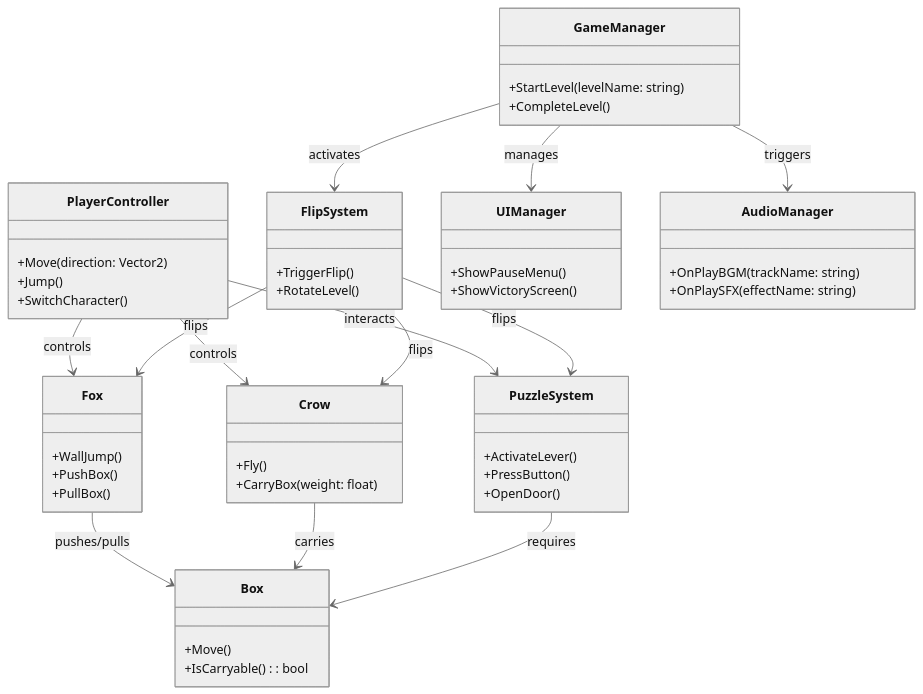
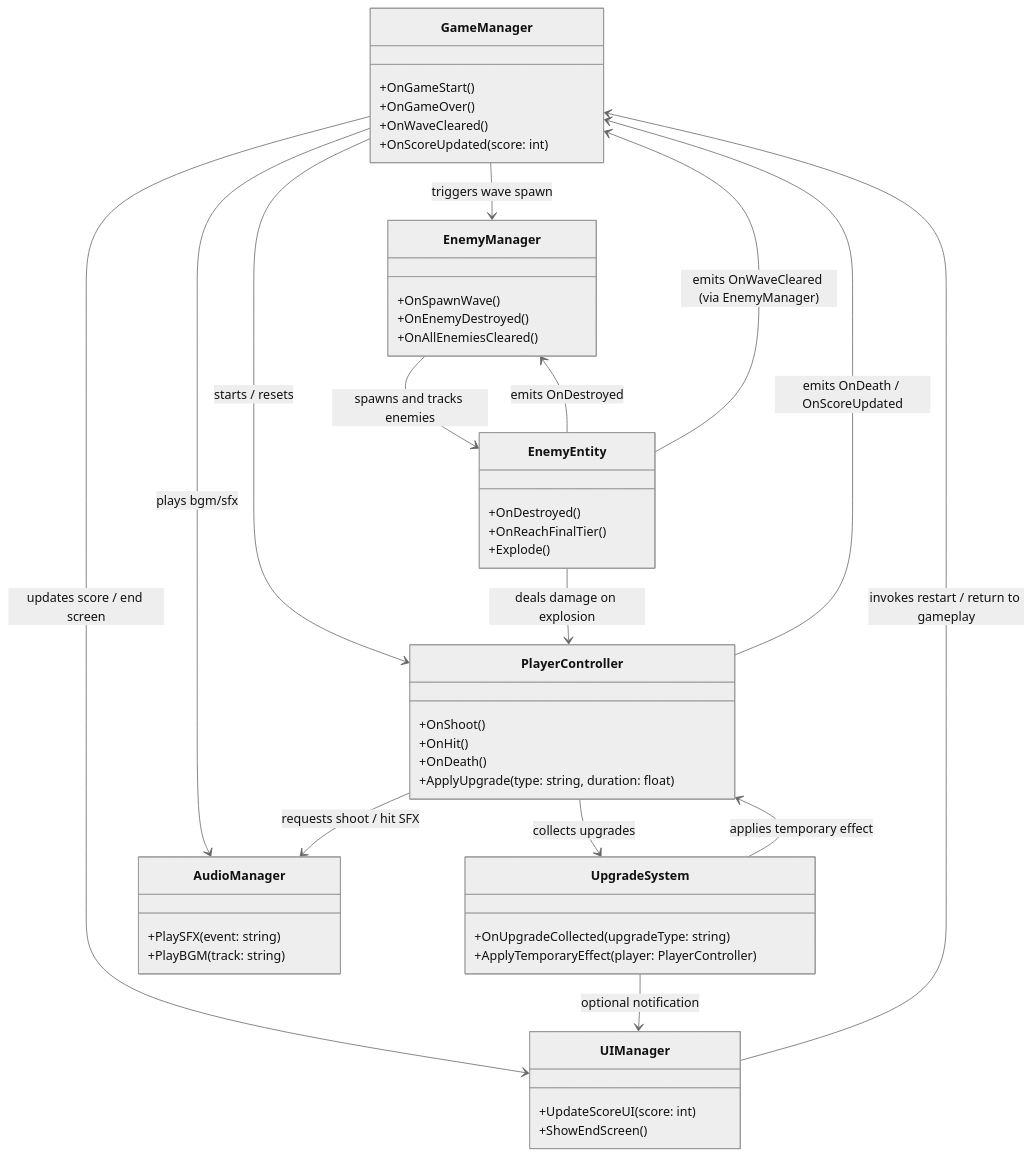
One commit to Justsomeguy241/Game-ProgrammingClass changed the fourth of 4 diagrams in README.md. Above: the diagram before and after it, drawn with Mermaid.

````diff
--- a/README.md
+++ b/README.md
@@ -247,65 +247,67 @@
 ```mermaid
-%%{init: {'theme':'neutral', 'scale': 0.1}}%%
+%%{init: {'theme':'neutral'}}%%
 classDiagram
-    class PlayerController {
-        +Move(direction: Vector2)
-        +Jump()
-        +SwitchCharacter()
+    class GameManager {
+        +OnGameStart()
+        +OnGameOver()
+        +OnWaveCleared()
+        +OnScoreUpdated(score: int)
     }
 
-    class Fox {
-        +WallJump()
-        +PushBox()
-        +PullBox()
+    class PlayerController {
+        +OnShoot()
+        +OnHit()
+        +OnDeath()
+        +ApplyUpgrade(type: string, duration: float)
     }
 
-    class Crow {
-        +Fly()
-        +CarryBox(weight: float)
+    class EnemyManager {
+        +OnSpawnWave()
+        +OnEnemyDestroyed()
+        +OnAllEnemiesCleared()
     }
 
-    class PuzzleSystem {
-        +ActivateLever()
-        +PressButton()
-        +OpenDoor()
+    class EnemyEntity {
+        +OnDestroyed()
+        +OnReachFinalTier()
+        +Explode()
     }
 
-    class Box {
-        +Move()
-        +IsCarryable(): bool
-    }
-
-    class FlipSystem {
-        +TriggerFlip()
-        +RotateLevel()
-    }
-
-    class GameManager {
-        +StartLevel(levelName: string)
-        +CompleteLevel()
+    class UpgradeSystem {
+        +OnUpgradeCollected(upgradeType: string)
+        +ApplyTemporaryEffect(player: PlayerController)
     }
 
     class UIManager {
-        +ShowPauseMenu()
-        +ShowVictoryScreen()
+        +UpdateScoreUI(score: int)
+        +ShowEndScreen()
     }
 
     class AudioManager {
-        +OnPlayBGM(trackName: string)
-        +OnPlaySFX(effectName: string)
+        +PlaySFX(event: string)
+        +PlayBGM(track: string)
     }
 
-    PlayerController --> Fox : controls
-    PlayerController --> Crow : controls
-    PlayerController --> PuzzleSystem : interacts
-    Fox --> Box : pushes/pulls
-    Crow --> Box : carries
-    PuzzleSystem --> Box : requires
-    FlipSystem --> PuzzleSystem : flips
-    FlipSystem --> Fox : flips
-    FlipSystem --> Crow : flips
-    GameManager --> UIManager : manages
-    GameManager --> AudioManager : triggers
-    GameManager --> FlipSystem : activates
+    %% --- Relationships ---
+    GameManager --> PlayerController : starts / resets
+    GameManager --> EnemyManager : triggers wave spawn
+    GameManager --> UIManager : updates score / end screen
+    GameManager --> AudioManager : plays bgm/sfx
+    
+    PlayerController --> GameManager : emits OnDeath / OnScoreUpdated
+    PlayerController --> UpgradeSystem : collects upgrades
+    PlayerController --> AudioManager : requests shoot / hit SFX
+
+    EnemyManager --> EnemyEntity : spawns and tracks enemies
+    EnemyEntity --> EnemyManager : emits OnDestroyed
+    EnemyEntity --> GameManager : emits OnWaveCleared (via EnemyManager)
+    EnemyEntity --> PlayerController : deals damage on explosion
+
+    UpgradeSystem --> PlayerController : applies temporary effect
+    UpgradeSystem --> UIManager : optional notification
+    
+    UIManager --> GameManager : invokes restart / return to gameplay
+
+
 
 ```
````
